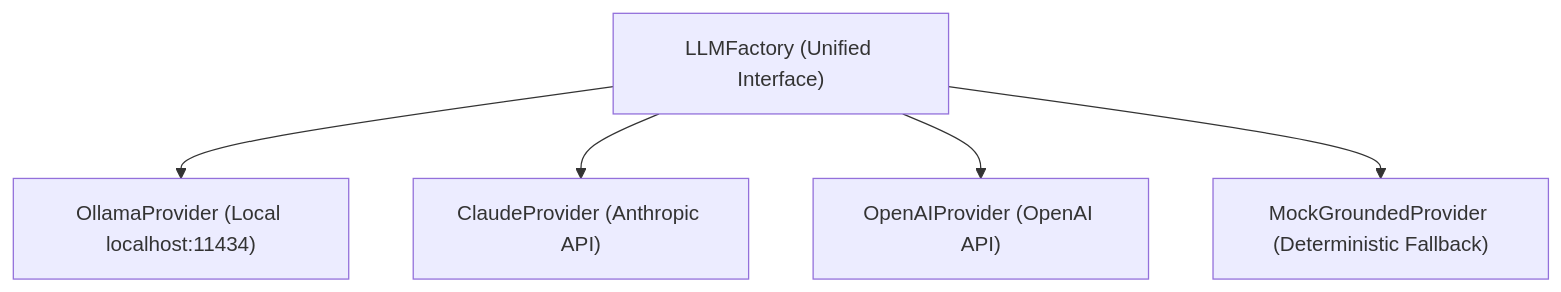
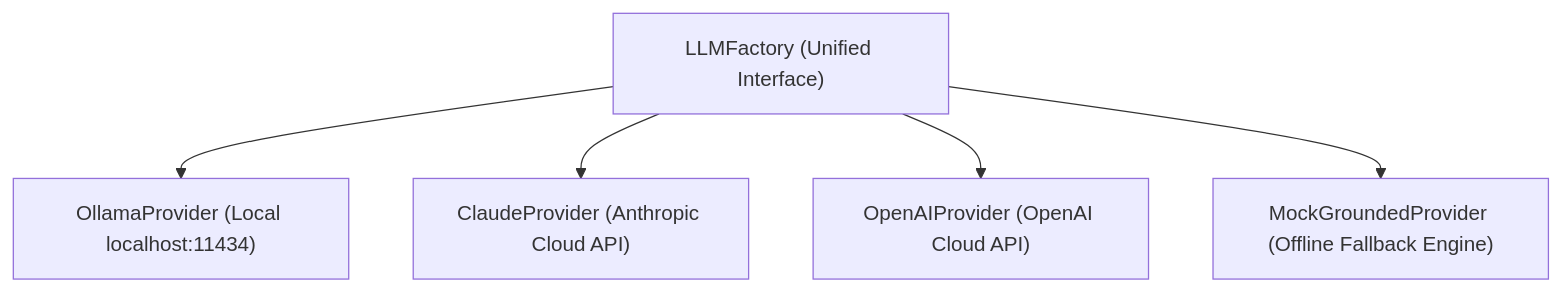
One commit to nikki-nooka/OOGWAY changed the first of 2 diagrams in docs/model-providers.md. Above: the diagram before and after it, drawn with Mermaid. The commit also changed other lines of this file and 1 other file, not shown here.

Commit message:
docs: detail exact Anthropic (claude-3-5-sonnet-20241022), OpenAI (gpt-4o), Ollama (llama3.2), and Offline Grounded Engine specs in README and model-providers doc

````diff
--- a/docs/model-providers.md
+++ b/docs/model-providers.md
@@ -11,8 +11,8 @@
 ```mermaid
 graph TD
     Factory["LLMFactory (Unified Interface)"]
     Factory --> Ollama["OllamaProvider (Local localhost:11434)"]
-    Factory --> Claude["ClaudeProvider (Anthropic API)"]
-    Factory --> OpenAI["OpenAIProvider (OpenAI API)"]
-    Factory --> Mock["MockGroundedProvider (Deterministic Fallback)"]
+    Factory --> Claude["ClaudeProvider (Anthropic Cloud API)"]
+    Factory --> OpenAI["OpenAIProvider (OpenAI Cloud API)"]
+    Factory --> Mock["MockGroundedProvider (Offline Fallback Engine)"]
 ```
````
